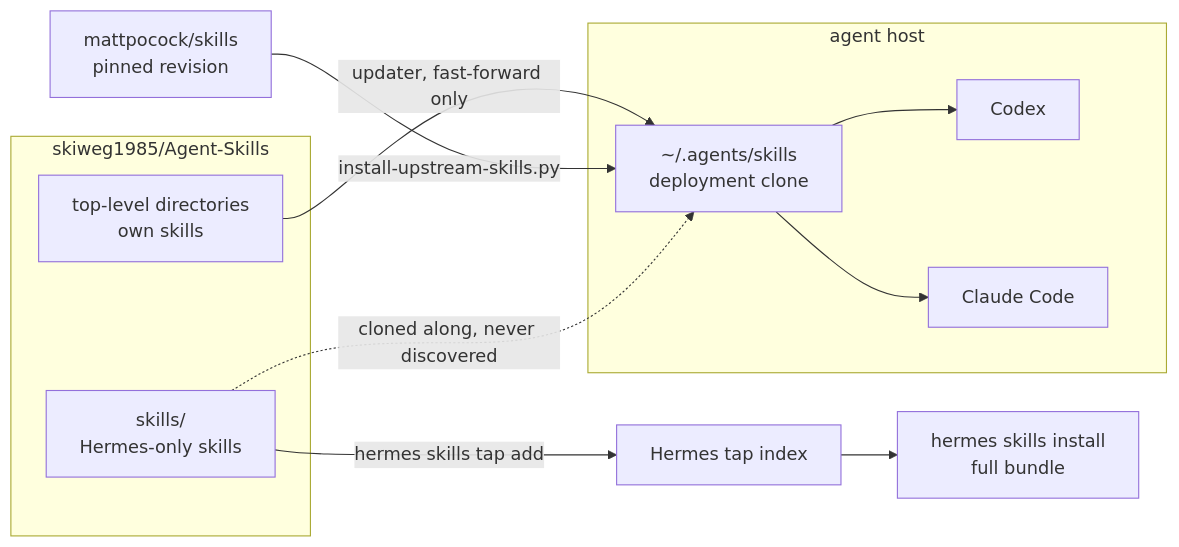
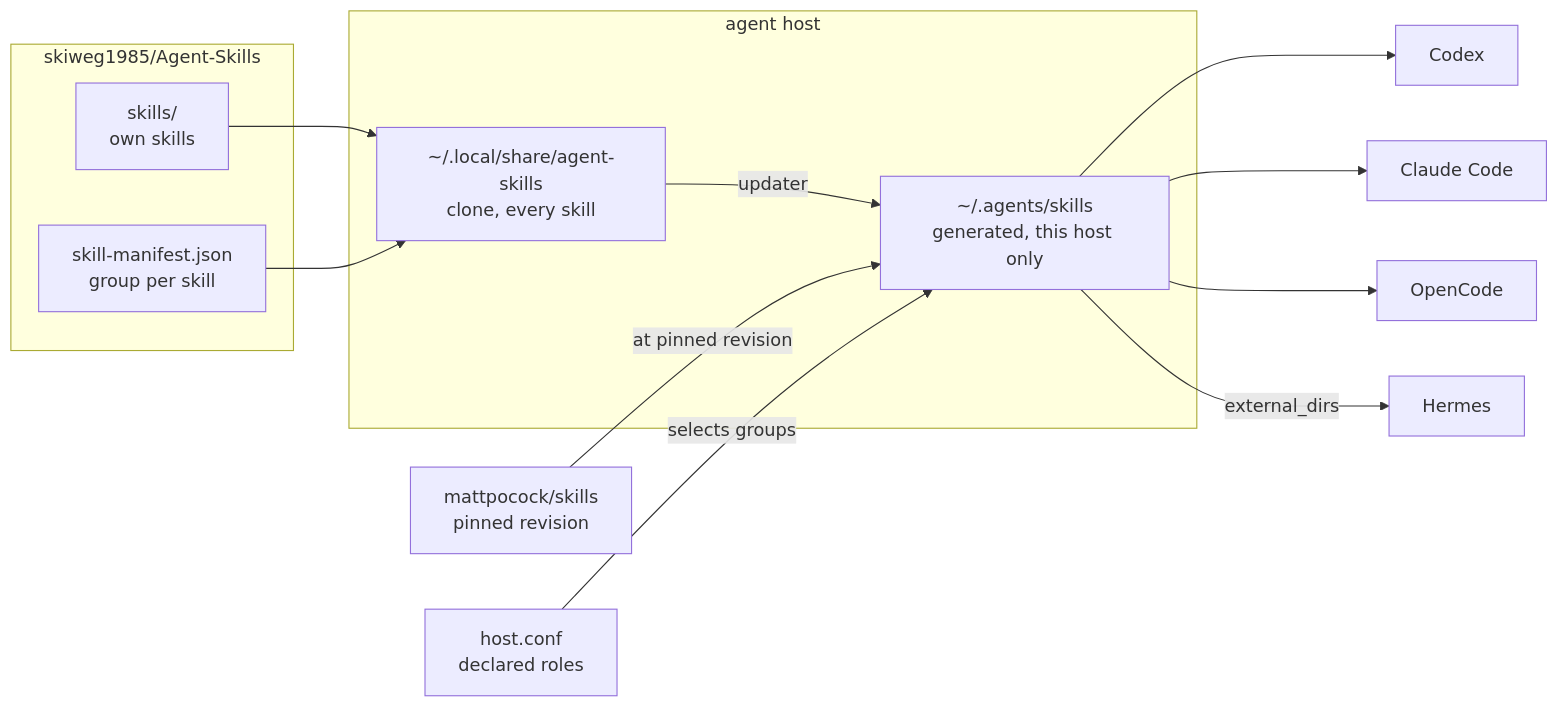
Before and after one commit to skiweg1985/Agent-Skills: the diagram in README.md, drawn with Mermaid. The commit also changed other lines of this file and 32 other files, not shown here.

First line of the commit message:
feat: role-based skill distribution across four agent platforms

````diff
--- a/README.md
+++ b/README.md
@@ -10,26 +9,30 @@
 ```mermaid
 flowchart LR
   subgraph repo["skiweg1985/Agent-Skills"]
-    own["top-level directories<br/>own skills"]
-    tapdir["skills/<br/>Hermes-only skills"]
+    own["skills/<br/>own skills"]
+    manifest["skill-manifest.json<br/>group per skill"]
   end
 
   upstream["mattpocock/skills<br/>pinned revision"]
+  conf["host.conf<br/>declared roles"]
 
   subgraph host["agent host"]
-    deploy["~/.agents/skills<br/>deployment clone"]
-    codex["Codex"]
-    cc["Claude Code"]
+    clone["~/.local/share/agent-skills<br/>clone, every skill"]
+    delivery["~/.agents/skills<br/>generated, this host only"]
   end
 
-  hermes["Hermes tap index"]
-  hinstall["hermes skills install<br/>full bundle"]
+  codex["Codex"]
+  cc["Claude Code"]
+  oc["OpenCode"]
+  hermes["Hermes"]
 
-  own -->|"updater, fast-forward only"| deploy
-  upstream -->|"install-upstream-skills.py"| deploy
-  deploy --> codex
-  deploy --> cc
-  tapdir -->|"hermes skills tap add"| hermes
-  hermes --> hinstall
-  tapdir -.->|"cloned along, never discovered"| deploy
+  own --> clone
+  manifest --> clone
+  clone -->|"updater"| delivery
+  upstream -->|"at pinned revision"| delivery
+  conf -->|"selects groups"| delivery
+  delivery --> codex
+  delivery --> cc
+  delivery --> oc
+  delivery -->|"external_dirs"| hermes
 ```
````
